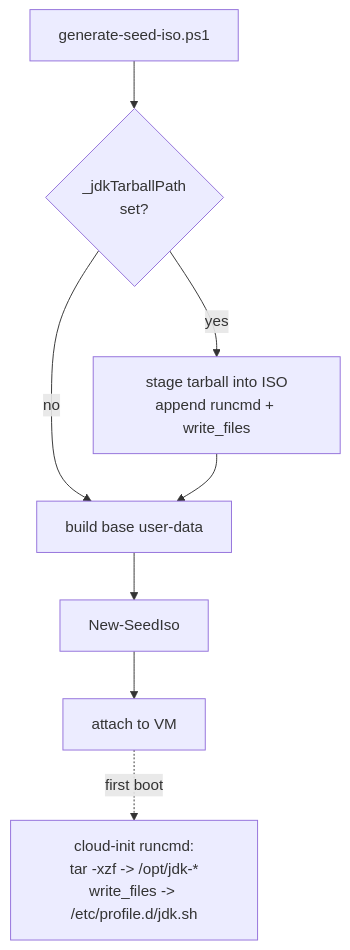
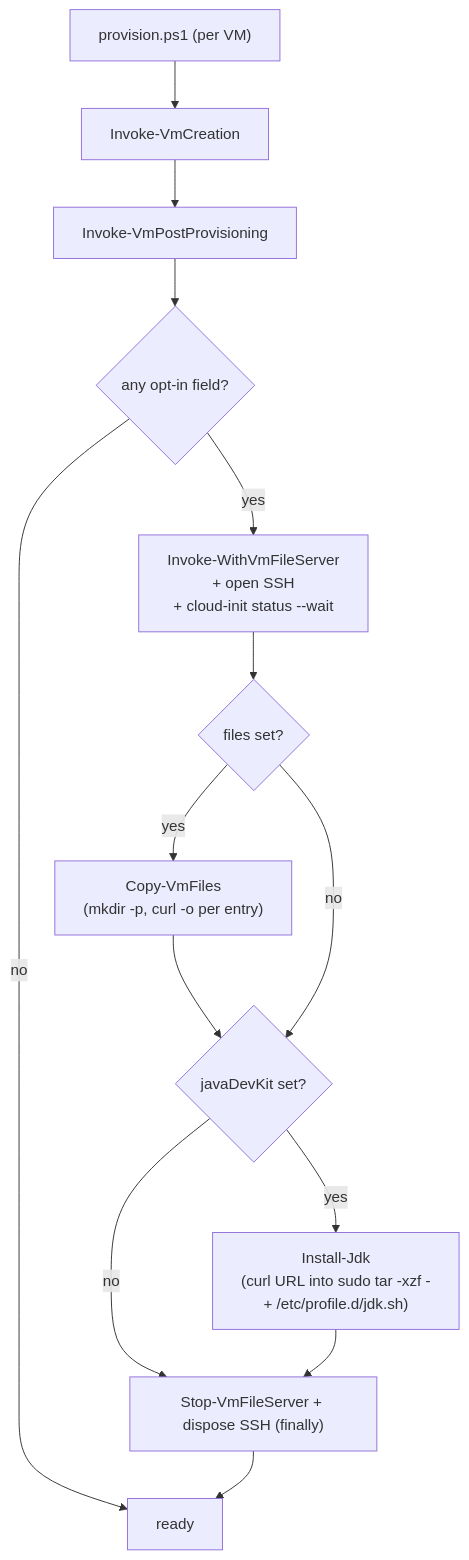
One commit to VitaliiAndreev/Infrastructure-Vm-Provisioner changed the fourth of 5 diagrams in docs/dev/implementation/05 - java dev kit/plan.md. Above: the diagram before and after it, drawn with Mermaid. The commit also changed other lines of this file, not shown here.

````diff
--- a/docs/dev/implementation/05 - java dev kit/plan.md
+++ b/docs/dev/implementation/05 - java dev kit/plan.md
@@ -327,10 +459,16 @@
 ```mermaid
 graph TD
-    SEED["generate-seed-iso.ps1"] --> JDK{"_jdkTarballPath\nset?"}
-    JDK -->|no| BUILD["build base user-data"]
-    JDK -->|yes| STAGE["stage tarball into ISO\nappend runcmd + write_files"]
-    STAGE --> BUILD
-    BUILD --> ISO["New-SeedIso"]
-    ISO --> ATTACH["attach to VM"]
-    ATTACH -.->|first boot| CI["cloud-init runcmd:\ntar -xzf -> /opt/jdk-*\nwrite_files -> /etc/profile.d/jdk.sh"]
+    PROV["provision.ps1 (per VM)"] --> VMC["Invoke-VmCreation"]
+    VMC --> POST["Invoke-VmPostProvisioning"]
+    POST --> NOOP{"any opt-in field?"}
+    NOOP -->|no| DONE["ready"]
+    NOOP -->|yes| FS["Invoke-WithVmFileServer<br>+ open SSH<br>+ cloud-init status --wait"]
+    FS --> CF{"files set?"}
+    CF -->|yes| COPY["Copy-VmFiles<br>(mkdir -p, curl -o per entry)"]
+    COPY --> JDK{"javaDevKit set?"}
+    CF -->|no| JDK
+    JDK -->|yes| INST["Install-Jdk<br>(curl URL into sudo tar -xzf -<br>+ /etc/profile.d/jdk.sh)"]
+    JDK -->|no| CLEAN
+    INST --> CLEAN["Stop-VmFileServer + dispose SSH (finally)"]
+    CLEAN --> DONE
 ```
````
